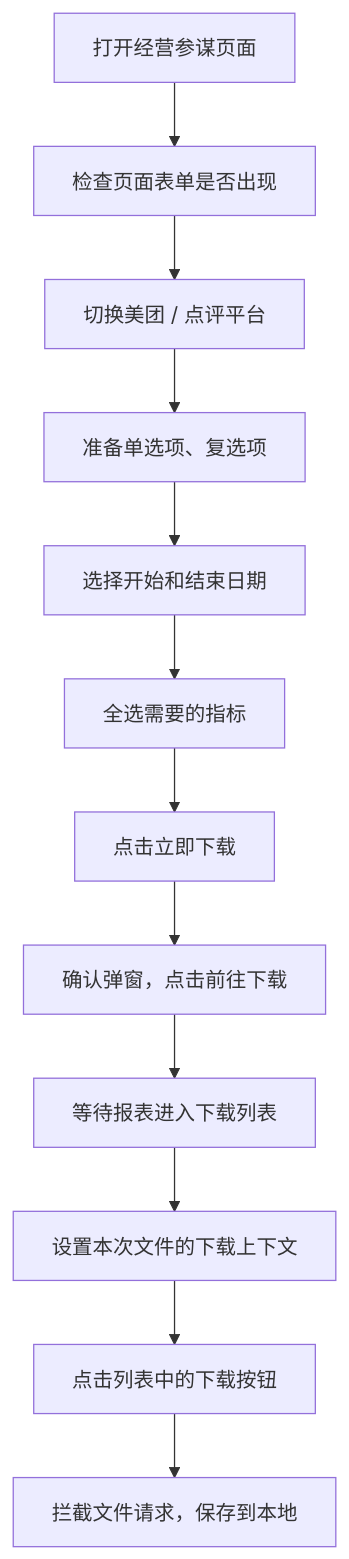
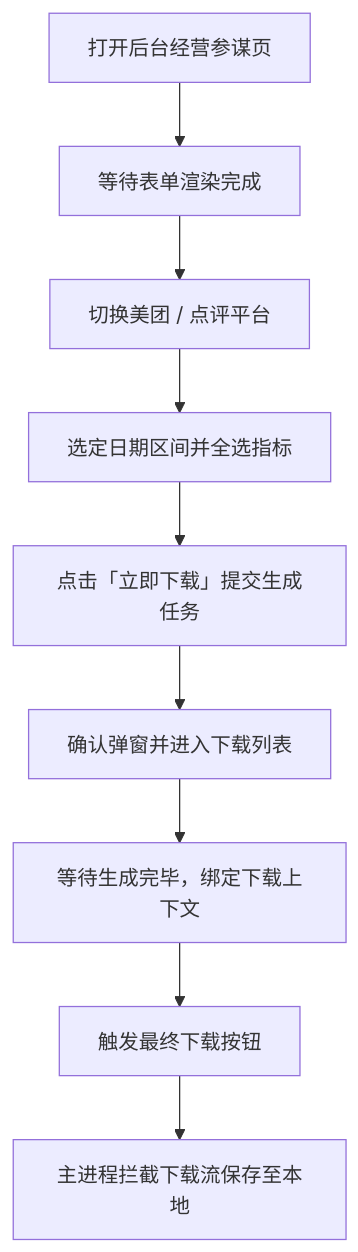
The seventh of 13 diagrams in source/_posts/2025-09-14-electron-tiangong.md (yyxTheOracle/MyBlog), drawn with Mermaid before and after one commit. The commit also changed other lines of this file, not shown here.

````diff
--- a/source/_posts/2025-09-14-electron-tiangong.md
+++ b/source/_posts/2025-09-14-electron-tiangong.md
@@ -396,14 +310,11 @@
 ```mermaid
 flowchart TB
-    A["打开经营参谋页面"] --> B["检查页面表单是否出现"]
+    A["打开后台经营参谋页"] --> B["等待表单渲染完成"]
     B --> C["切换美团 / 点评平台"]
-    C --> D["准备单选项、复选项"]
-    D --> E["选择开始和结束日期"]
-    E --> F["全选需要的指标"]
-    F --> G["点击立即下载"]
-    G --> H["确认弹窗，点击前往下载"]
-    H --> I["等待报表进入下载列表"]
-    I --> J["设置本次文件的下载上下文"]
-    J --> K["点击列表中的下载按钮"]
-    K --> L["拦截文件请求，保存到本地"]
+    C --> D["选定日期区间并全选指标"]
+    D --> E["点击「立即下载」提交生成任务"]
+    E --> F["确认弹窗并进入下载列表"]
+    F --> G["等待生成完毕，绑定下载上下文"]
+    G --> H["触发最终下载按钮"]
+    H --> I["主进程拦截下载流保存至本地"]
 ```
````
